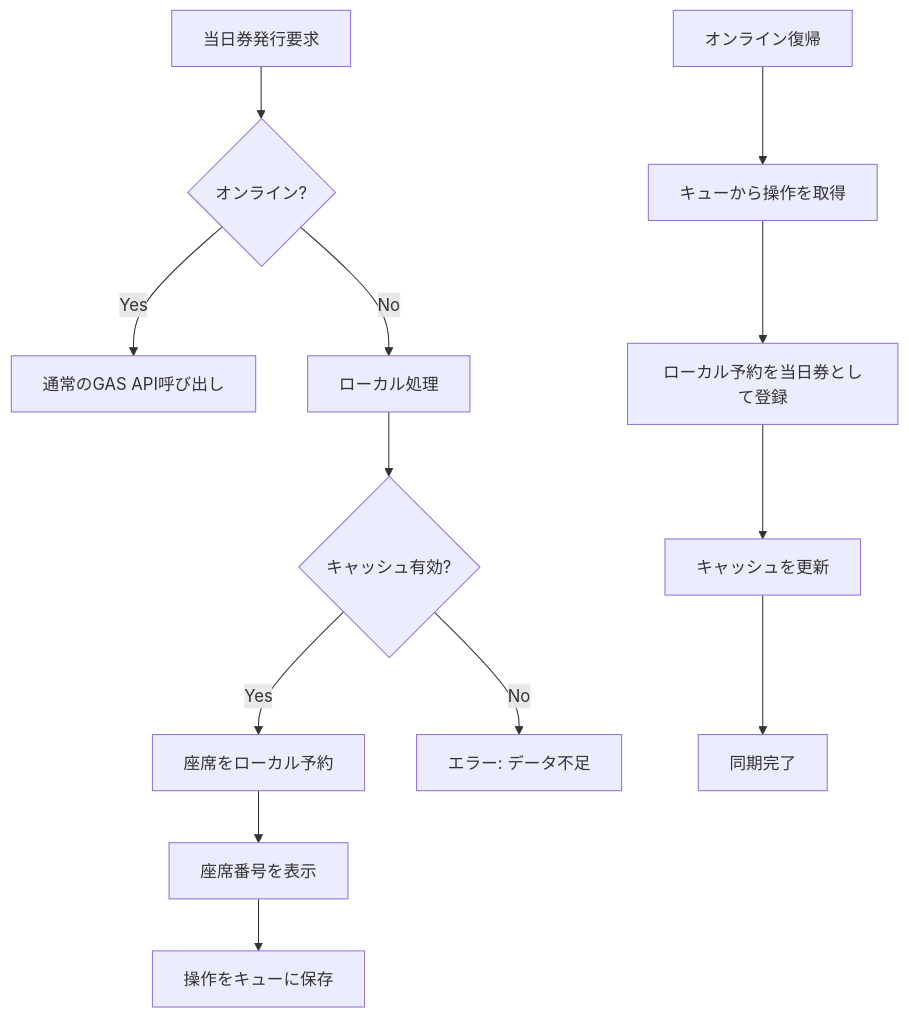
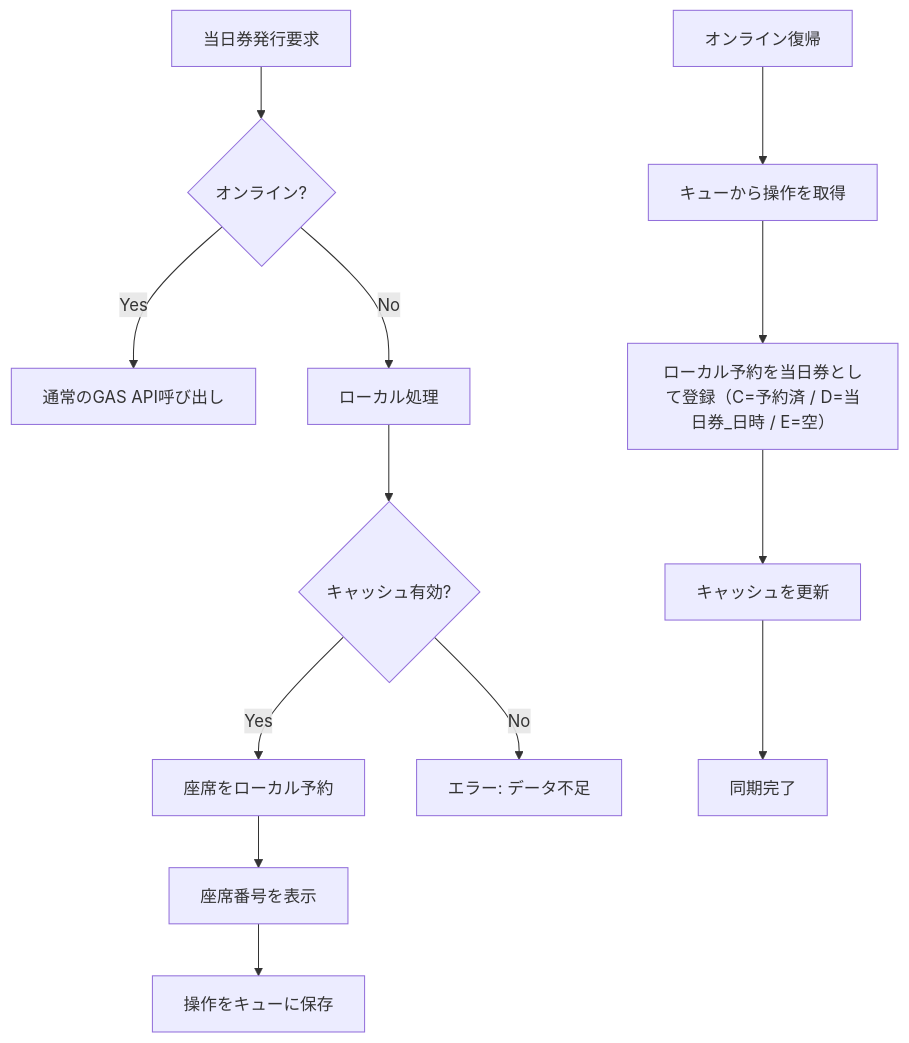
Before and after one commit to J105588/tickets-beta: the third of 11 diagrams in README.md, drawn with Mermaid. The commit also changed other lines of this file and 4 other files, not shown here.

````diff
--- a/README.md
+++ b/README.md
@@ -313,18 +317,18 @@
 ```mermaid
 graph TD
   A[当日券発行要求] --> B{オンライン?}
   B -->|Yes| C[通常のGAS API呼び出し]
   B -->|No| D[ローカル処理]
   
   D --> E{キャッシュ有効?}
   E -->|Yes| F[座席をローカル予約]
   E -->|No| G[エラー: データ不足]
   
   F --> H[座席番号を表示]
   H --> I[操作をキューに保存]
   
   J[オンライン復帰] --> K[キューから操作を取得]
-  K --> L[ローカル予約を当日券として登録]
+  K --> L[ローカル予約を当日券として登録（C=予約済 / D=当日券_日時 / E=空）]
   L --> M[キャッシュを更新]
   M --> N[同期完了]
 ```
````
